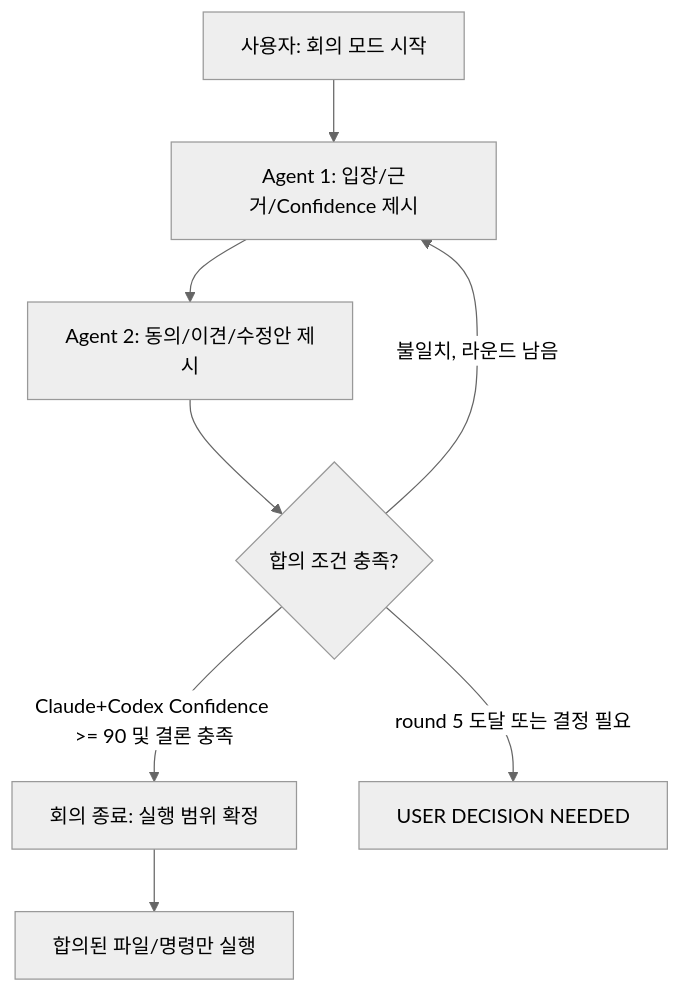
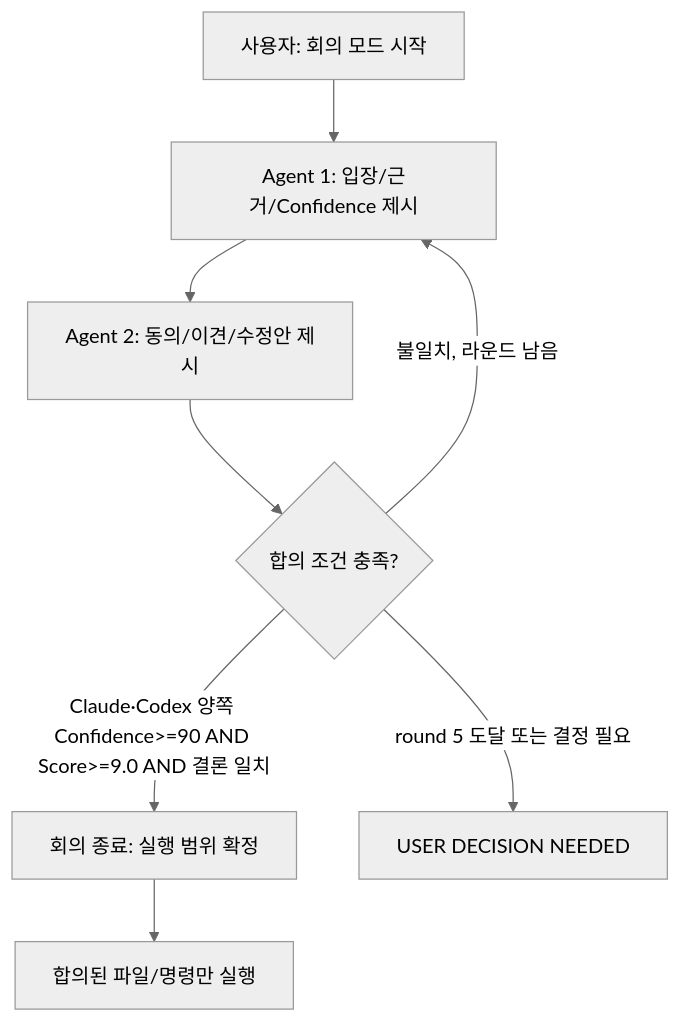
Before and after one commit to hypark5540/ai-bridge: the second of 3 diagrams in README.md, drawn with Mermaid (neutral theme). The commit also changed other lines of this file and 6 other files, not shown here.

````diff
--- a/README.md
+++ b/README.md
@@ -306,10 +306,10 @@
 ```mermaid
 flowchart TD
     A[사용자: 회의 모드 시작] --> B[Agent 1: 입장/근거/Confidence 제시]
     B --> C[Agent 2: 동의/이견/수정안 제시]
     C --> D{합의 조건 충족?}
-    D -->|Claude+Codex Confidence >= 90 및 결론 충족| E[회의 종료: 실행 범위 확정]
+    D -->|Claude·Codex 양쪽 Confidence>=90 AND Score>=9.0 AND 결론 일치| E[회의 종료: 실행 범위 확정]
     D -->|불일치, 라운드 남음| B
     D -->|round 5 도달 또는 결정 필요| F[USER DECISION NEEDED]
     E --> G[합의된 파일/명령만 실행]
 ```
````
